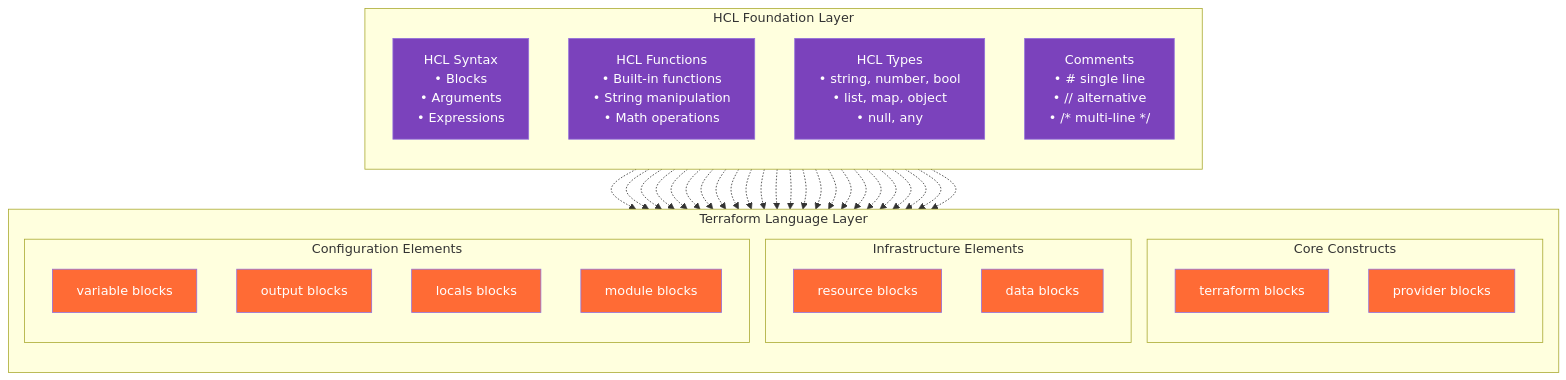
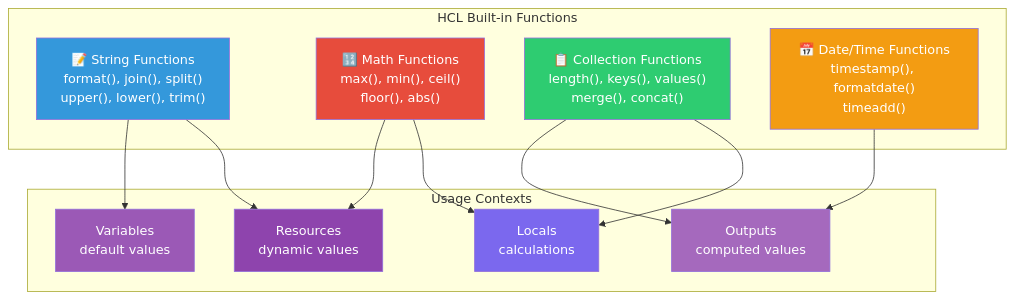
Before and after one commit to simondbrooke/terraform-training-jamfpro: the fifth of 5 diagrams in training_materials/terraform/module_07_terraform_language_and_hashicorp_language.md, drawn with Mermaid. The commit also changed other lines of this file, not shown here.

````diff
--- a/training_materials/terraform/module_07_terraform_language_and_hashicorp_language.md
+++ b/training_materials/terraform/module_07_terraform_language_and_hashicorp_language.md
@@ -30,69 +531,33 @@
 ```mermaid
 graph TB
-    subgraph "HCL Foundation Layer"
-        direction TB
-        HSyn[HCL Syntax<br/>• Blocks<br/>• Arguments<br/>• Expressions]
-        HFunc[HCL Functions<br/>• Built-in functions<br/>• String manipulation<br/>• Math operations]
-        HType[HCL Types<br/>• string, number, bool<br/>• list, map, object<br/>• null, any]
-        HComment[Comments<br/>• # single line<br/>• // alternative<br/>• /* multi-line */]
+    subgraph "HCL Built-in Functions"
+        STR["📝 String Functions<br/>format(), join(), split()<br/>upper(), lower(), trim()"]
+        MATH["🔢 Math Functions<br/>max(), min(), ceil()<br/>floor(), abs()"]
+        COL["📋 Collection Functions<br/>length(), keys(), values()<br/>merge(), concat()"]
+        DT["📅 Date/Time Functions<br/>timestamp(), formatdate()<br/>timeadd()"]
     end
     
-    subgraph "Terraform Language Layer"
-        direction TB
-        subgraph "Core Constructs"
-            TS["terraform blocks"]
-            TP["provider blocks"]
-        end
-        subgraph "Infrastructure Elements"
-            TR["resource blocks"]
-            TD["data blocks"]
-        end
-        subgraph "Configuration Elements"
-            TV["variable blocks"]
-            TO["output blocks"]
-            TL["locals blocks"]
-            TM["module blocks"]
-        end
+    subgraph "Usage Contexts"
+        VAR["Variables<br/>default values"]
+        RES["Resources<br/>dynamic values"]
+        OUT["Outputs<br/>computed values"]
+        LOC["Locals<br/>calculations"]
     end
     
-    HSyn -.-> TS
-    HSyn -.-> TP
-    HSyn -.-> TR
-    HSyn -.-> TD
-    HSyn -.-> TV
-    HSyn -.-> TO
-    HSyn -.-> TL
-    HSyn -.-> TM
+    STR --> VAR
+    STR --> RES
+    MATH --> RES
+    MATH --> LOC
+    COL --> OUT
+    COL --> LOC
+    DT --> OUT
     
-    HFunc -.-> TR
-    HFunc -.-> TD
-    HFunc -.-> TV
-    HFunc -.-> TO
-    HFunc -.-> TL
-    
-    HType -.-> TR
-    HType -.-> TD
-    HType -.-> TV
-    HType -.-> TO
-    HType -.-> TL
-    
-    HComment -.-> TR
-    HComment -.-> TD
-    HComment -.-> TV
-    HComment -.-> TO
-    HComment -.-> TL
-    HComment -.-> TM
-    
-    style HSyn fill:#7B42BC,color:#fff
-    style HFunc fill:#7B42BC,color:#fff
-    style HType fill:#7B42BC,color:#fff
-    style HComment fill:#7B42BC,color:#fff
-    style TS fill:#FF6B35,color:#fff
-    style TP fill:#FF6B35,color:#fff
-    style TR fill:#FF6B35,color:#fff
-    style TD fill:#FF6B35,color:#fff
-    style TV fill:#FF6B35,color:#fff
-    style TO fill:#FF6B35,color:#fff
-    style TL fill:#FF6B35,color:#fff
-    style TM fill:#FF6B35,color:#fff
+    style STR fill:#3498DB,color:#fff
+    style MATH fill:#E74C3C,color:#fff
+    style COL fill:#2ECC71,color:#fff
+    style DT fill:#F39C12,color:#fff
+    style VAR fill:#9B59B6,color:#fff
+    style RES fill:#8E44AD,color:#fff
+    style OUT fill:#A569BD,color:#fff
+    style LOC fill:#7B68EE,color:#fff
 ```
````
